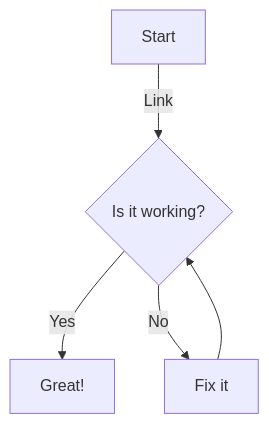
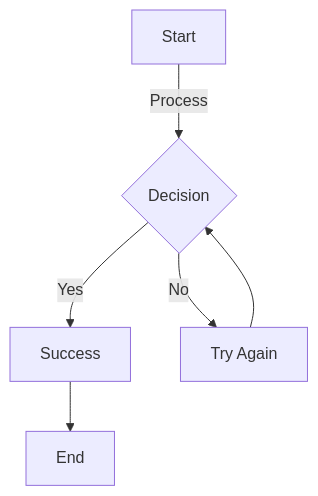
The first of 4 diagrams in README.md (ForeverAProgrammer/demos_mermaid), drawn with Mermaid before and after one commit. The commit also changed other lines of this file and 4 other files, not shown here.

````diff
--- a/README.md
+++ b/README.md
@@ -7,7 +11,8 @@
 ```mermaid
-graph TD
-    A[Start] -->|Link| B{Is it working?}
-    B -- Yes --> C[Great!]
-    B -- No --> D[Fix it]
+flowchart TD
+    A[Start] -->|Process| B{Decision}
+    B -->|Yes| C[Success]
+    B -->|No| D[Try Again]
     D --> B
+    C --> E[End]
 ```
````
